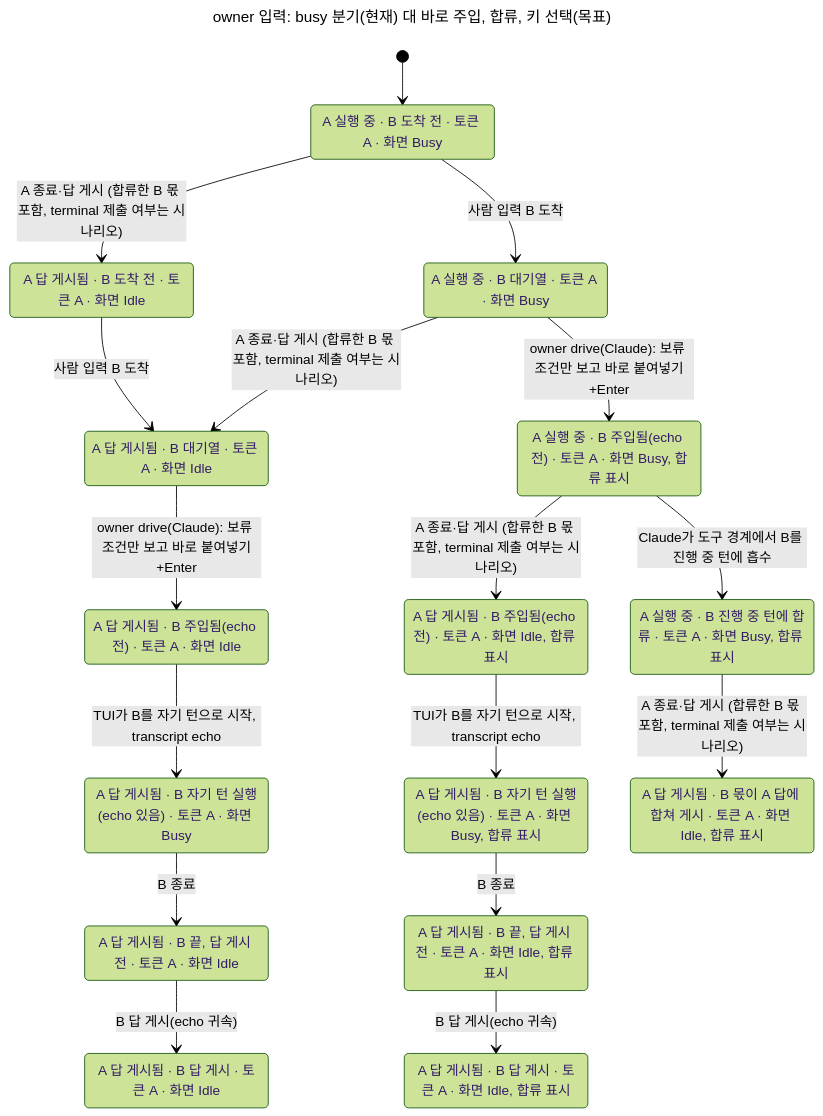
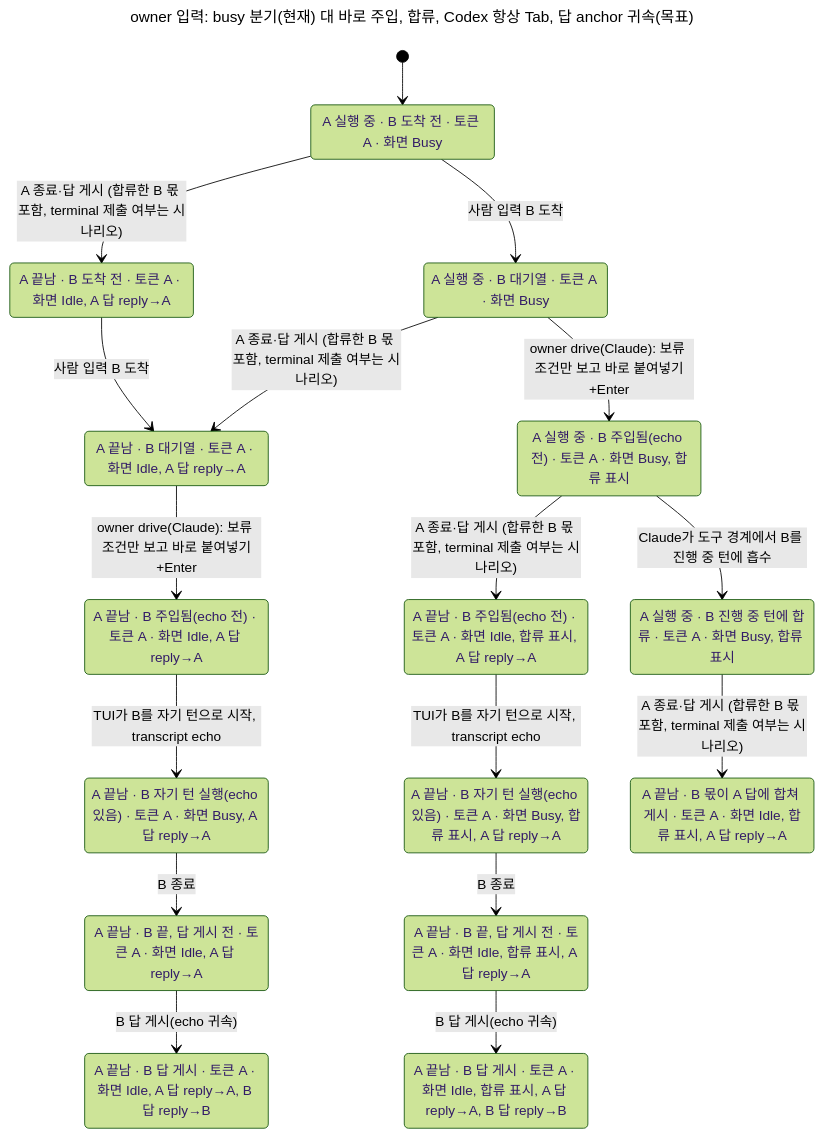
The diagram in docs/statecharts/input-single-path/owner-input-busy-split.target-8432.chart.mmd (itismyfield/AgentDesk), drawn with Mermaid (forest theme) before and after one commit. The commit also changed 36 other files, not shown here.

First line of the commit message:
docs(design): #8328 1단계 설계 w2 — 답 anchor 귀속을 핵심으로, Codex 항상 Tab

```diff
--- a/docs/statecharts/input-single-path/owner-input-busy-split.target-8432.chart.mmd
+++ b/docs/statecharts/input-single-path/owner-input-busy-split.target-8432.chart.mmd
@@ -1,35 +1,35 @@
 ---
-title: "owner 입력: busy 분기(현재) 대 바로 주입, 합류, 키 선택(목표)"
+title: "owner 입력: busy 분기(현재) 대 바로 주입, 합류, Codex 항상 Tab, 답 anchor 귀속(목표)"
 ---
 stateDiagram-v2
   s0: A 실행 중 #183; B 도착 전 #183; 토큰 A #183; 화면 Busy
-  s1: A 답 게시됨 #183; B 도착 전 #183; 토큰 A #183; 화면 Idle
+  s1: A 끝남 #183; B 도착 전 #183; 토큰 A #183; 화면 Idle, A 답 reply#8594;A
   s2: A 실행 중 #183; B 대기열 #183; 토큰 A #183; 화면 Busy
-  s3: A 답 게시됨 #183; B 대기열 #183; 토큰 A #183; 화면 Idle
+  s3: A 끝남 #183; B 대기열 #183; 토큰 A #183; 화면 Idle, A 답 reply#8594;A
   s4: A 실행 중 #183; B 주입됨(echo 전) #183; 토큰 A #183; 화면 Busy, 합류 표시
-  s5: A 답 게시됨 #183; B 주입됨(echo 전) #183; 토큰 A #183; 화면 Idle
-  s6: A 답 게시됨 #183; B 주입됨(echo 전) #183; 토큰 A #183; 화면 Idle, 합류 표시
+  s5: A 끝남 #183; B 주입됨(echo 전) #183; 토큰 A #183; 화면 Idle, A 답 reply#8594;A
+  s6: A 끝남 #183; B 주입됨(echo 전) #183; 토큰 A #183; 화면 Idle, 합류 표시, A 답 reply#8594;A
   s7: A 실행 중 #183; B 진행 중 턴에 합류 #183; 토큰 A #183; 화면 Busy, 합류 표시
-  s8: A 답 게시됨 #183; B 몫이 A 답에 합쳐 게시 #183; 토큰 A #183; 화면 Idle, 합류 표시
-  s9: A 답 게시됨 #183; B 자기 턴 실행(echo 있음) #183; 토큰 A #183; 화면 Busy
-  s10: A 답 게시됨 #183; B 자기 턴 실행(echo 있음) #183; 토큰 A #183; 화면 Busy, 합류 표시
-  s11: A 답 게시됨 #183; B 끝, 답 게시 전 #183; 토큰 A #183; 화면 Idle
-  s12: A 답 게시됨 #183; B 끝, 답 게시 전 #183; 토큰 A #183; 화면 Idle, 합류 표시
-  s13: A 답 게시됨 #183; B 답 게시 #183; 토큰 A #183; 화면 Idle
-  s14: A 답 게시됨 #183; B 답 게시 #183; 토큰 A #183; 화면 Idle, 합류 표시
+  s8: A 끝남 #183; B 몫이 A 답에 합쳐 게시 #183; 토큰 A #183; 화면 Idle, 합류 표시, A 답 reply#8594;A
+  s9: A 끝남 #183; B 자기 턴 실행(echo 있음) #183; 토큰 A #183; 화면 Busy, A 답 reply#8594;A
+  s10: A 끝남 #183; B 자기 턴 실행(echo 있음) #183; 토큰 A #183; 화면 Busy, 합류 표시, A 답 reply#8594;A
+  s11: A 끝남 #183; B 끝, 답 게시 전 #183; 토큰 A #183; 화면 Idle, A 답 reply#8594;A
+  s12: A 끝남 #183; B 끝, 답 게시 전 #183; 토큰 A #183; 화면 Idle, 합류 표시, A 답 reply#8594;A
+  s13: A 끝남 #183; B 답 게시 #183; 토큰 A #183; 화면 Idle, A 답 reply#8594;A, B 답 reply#8594;B
+  s14: A 끝남 #183; B 답 게시 #183; 토큰 A #183; 화면 Idle, 합류 표시, A 답 reply#8594;A, B 답 reply#8594;B
   [*] --> s0
   s0 --> s1: A 종료#183;답 게시 (합류한 B 몫 포함, terminal 제출 여부는 시나리오)
   s0 --> s2: 사람 입력 B 도착
   s1 --> s3: 사람 입력 B 도착
   s2 --> s3: A 종료#183;답 게시 (합류한 B 몫 포함, terminal 제출 여부는 시나리오)
   s2 --> s4: owner drive(Claude): 보류 조건만 보고 바로 붙여넣기+Enter
   s3 --> s5: owner drive(Claude): 보류 조건만 보고 바로 붙여넣기+Enter
   s4 --> s6: A 종료#183;답 게시 (합류한 B 몫 포함, terminal 제출 여부는 시나리오)
   s4 --> s7: Claude가 도구 경계에서 B를 진행 중 턴에 흡수
   s5 --> s9: TUI가 B를 자기 턴으로 시작, transcript echo
   s6 --> s10: TUI가 B를 자기 턴으로 시작, transcript echo
   s7 --> s8: A 종료#183;답 게시 (합류한 B 몫 포함, terminal 제출 여부는 시나리오)
   s9 --> s11: B 종료
   s10 --> s12: B 종료
   s11 --> s13: B 답 게시(echo 귀속)
   s12 --> s14: B 답 게시(echo 귀속)
```
